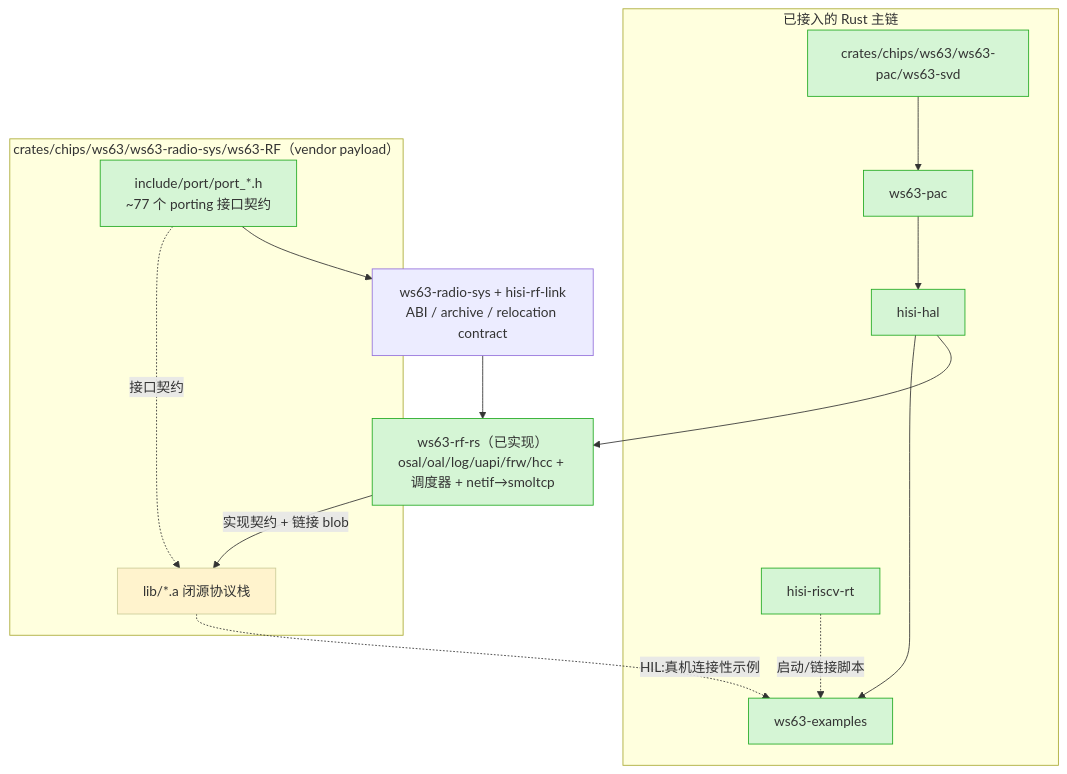
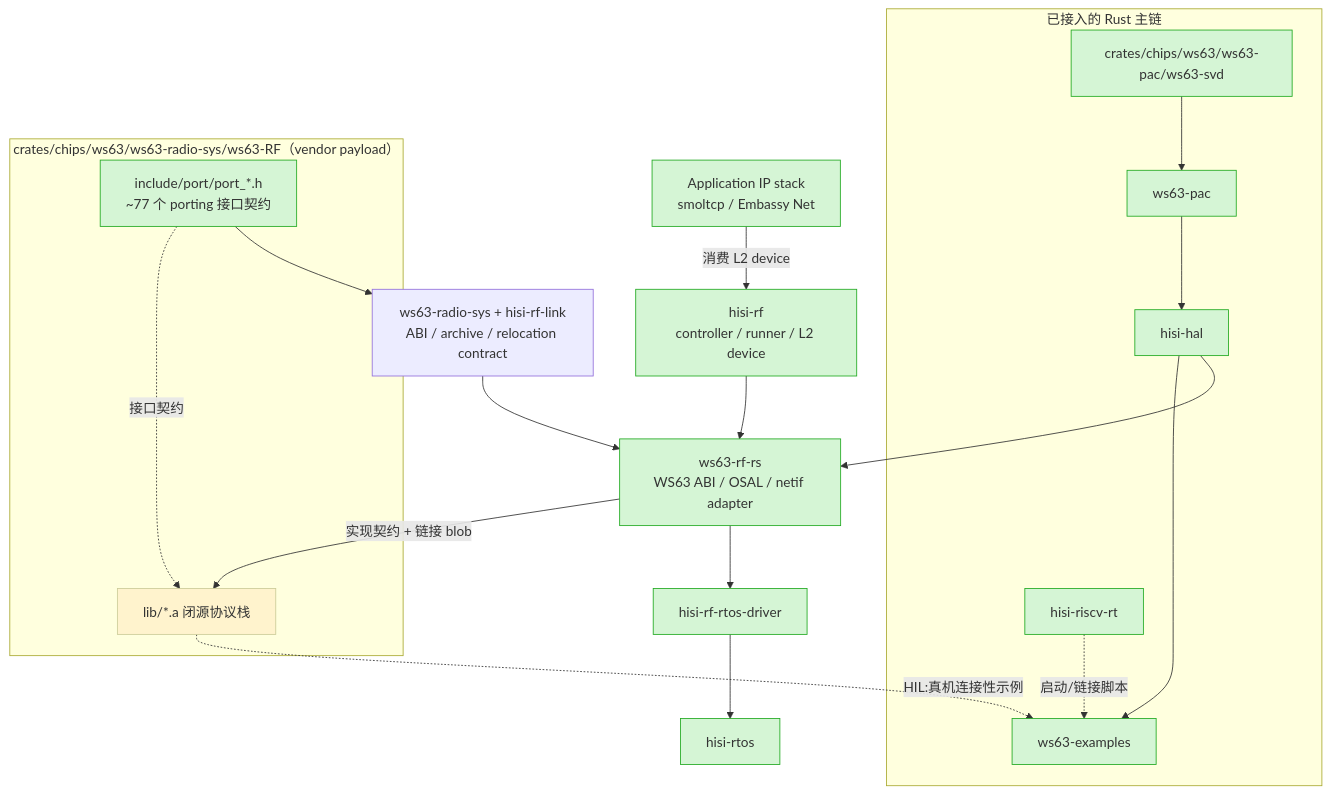
One commit to hispark-rs/hisi-riscv-rs changed the diagram in docs/src/explanation/components/09-ws63-rf.md. Above: the diagram before and after it, drawn with Mermaid. The commit also changed other lines of this file and 4 other files, not shown here.

````diff
--- a/docs/src/explanation/components/09-ws63-rf.md
+++ b/docs/src/explanation/components/09-ws63-rf.md
@@ -23,26 +30,34 @@
 ```mermaid
 graph TD
     subgraph 主链["已接入的 Rust 主链"]
         SVD[crates/chips/ws63/ws63-pac/ws63-svd] --> PAC[ws63-pac]
         PAC --> HAL[hisi-hal]
         HAL --> EX[ws63-examples]
         RT[hisi-riscv-rt] -.启动/链接脚本.-> EX
     end
     subgraph RF["crates/chips/ws63/ws63-radio-sys/ws63-RF（vendor payload）"]
         BLOB["lib/*.a 闭源协议栈"]
         PORT["include/port/port_*.h<br/>~77 个 porting 接口契约"]
         PORT -.接口契约.-> BLOB
     end
     SYS["ws63-radio-sys + hisi-rf-link<br/>ABI / archive / relocation contract"]
-    PLATFORM["ws63-rf-rs（已实现）<br/>osal/oal/log/uapi/frw/hcc + 调度器 + netif→smoltcp"]
+    PLATFORM["ws63-rf-rs<br/>WS63 ABI / OSAL / netif adapter"]
+    DRIVER["hisi-rf-rtos-driver"]
+    RTOS["hisi-rtos"]
+    API["hisi-rf<br/>controller / runner / L2 device"]
+    NET["Application IP stack<br/>smoltcp / Embassy Net"]
     HAL --> PLATFORM
     PORT --> SYS
     SYS --> PLATFORM
+    PLATFORM --> DRIVER
+    DRIVER --> RTOS
+    API --> PLATFORM
+    NET -->|消费 L2 device| API
     PLATFORM -->|实现契约 + 链接 blob| BLOB
     BLOB -.HIL:真机连接性示例.-> EX
 
     classDef done fill:#d5f5d5,stroke:#2a2;
     classDef hil fill:#fff3cd,stroke:#cc9;
-    class SVD,PAC,HAL,EX,RT,PORT,PLATFORM done;
+    class SVD,PAC,HAL,EX,RT,PORT,PLATFORM,DRIVER,RTOS,API,NET done;
     class BLOB hil;
 ```
````
